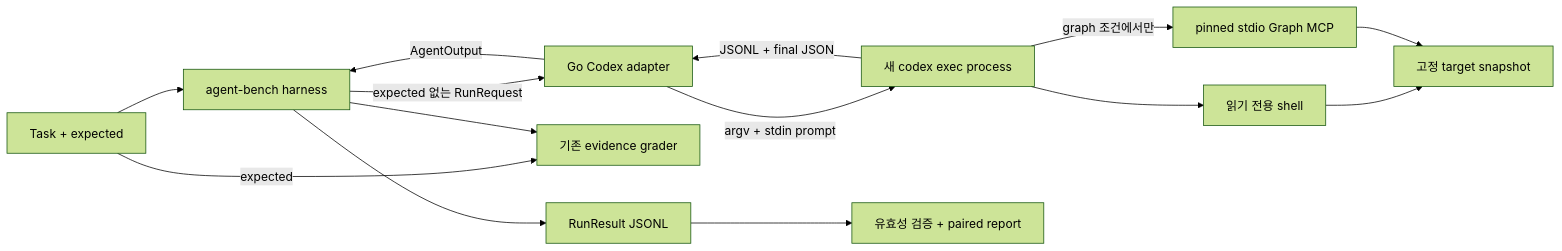
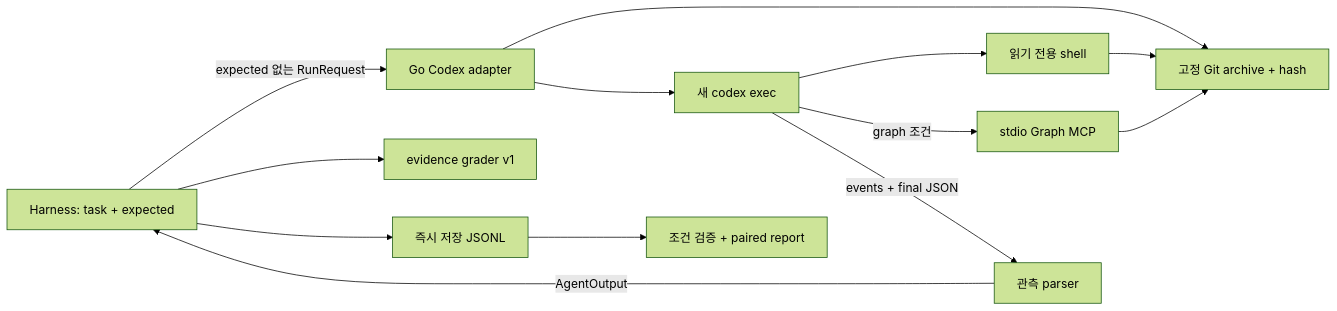
One commit to KimHG1995/agent-bench changed the diagram in docs/005-codex-adapter/design.md. Above: the diagram before and after it, drawn with Mermaid (forest theme). The commit also changed other lines of this file and 9 other files, not shown here.

````diff
--- a/docs/005-codex-adapter/design.md
+++ b/docs/005-codex-adapter/design.md
@@ -7,16 +7,15 @@
 ```mermaid
 flowchart LR
-    T[Task + expected] --> H[agent-bench harness]
-    H -->|expected 없는 RunRequest| A[Go Codex adapter]
-    A -->|argv + stdin prompt| C[새 codex exec process]
+    H[Harness: task + expected] -->|expected 없는 RunRequest| A[Go Codex adapter]
+    A --> S[고정 Git archive + hash]
+    A --> C[새 codex exec]
     C --> L[읽기 전용 shell]
-    C -->|graph 조건에서만| M[pinned stdio Graph MCP]
-    L --> R[고정 target snapshot]
-    M --> R
-    C -->|JSONL + final JSON| A
-    A -->|AgentOutput| H
-    T -->|expected| G[기존 evidence grader]
-    H --> G
-    H --> J[RunResult JSONL]
-    J --> V[유효성 검증 + paired report]
+    C -->|graph 조건| M[stdio Graph MCP]
+    L --> S
+    M --> S
+    C -->|events + final JSON| P[관측 parser]
+    P -->|AgentOutput| H
+    H --> G[evidence grader v1]
+    H --> J[즉시 저장 JSONL]
+    J --> R[조건 검증 + paired report]
 ```
````
